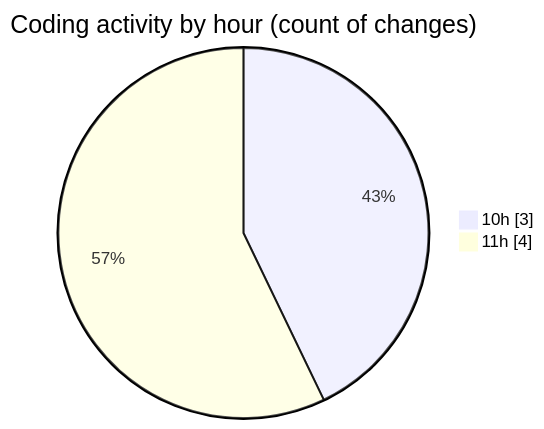
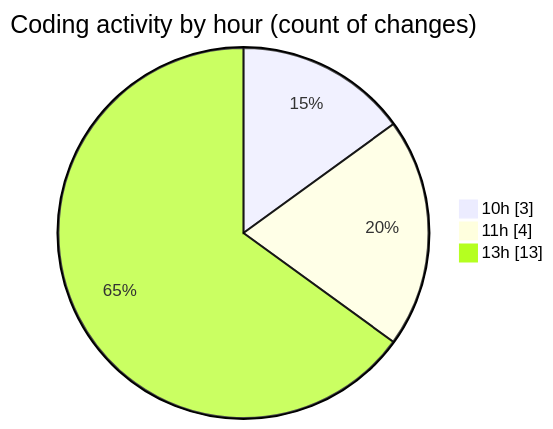
Before and after one commit to momahboobian/code-tracking: the second of 2 diagrams in 2025-08-14/cda/README.md, drawn with Mermaid. The commit also changed other lines of this file and 1 other file, not shown here.

````diff
--- a/2025-08-14/cda/README.md
+++ b/2025-08-14/cda/README.md
@@ -33,6 +42,7 @@
 ```mermaid
 pie showData
 title Coding activity by hour (count of changes)
 "10h" : 3
 "11h" : 4
+"13h" : 13
 ```
````
